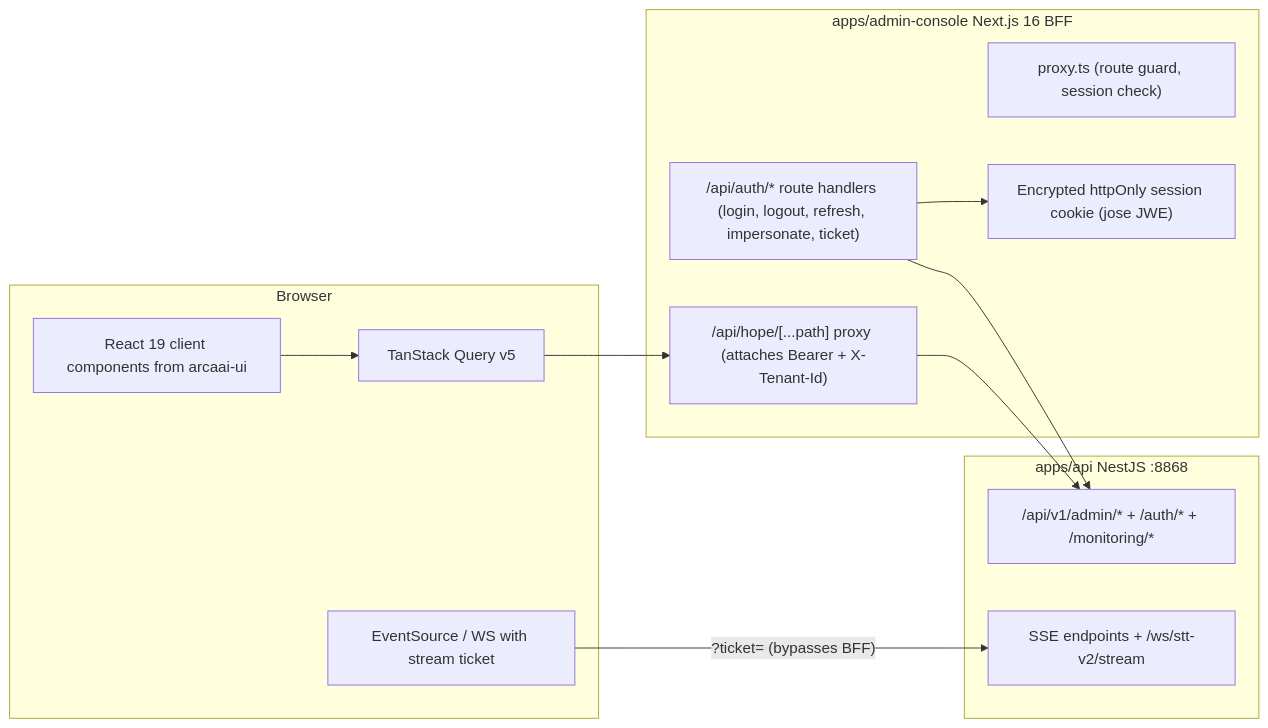
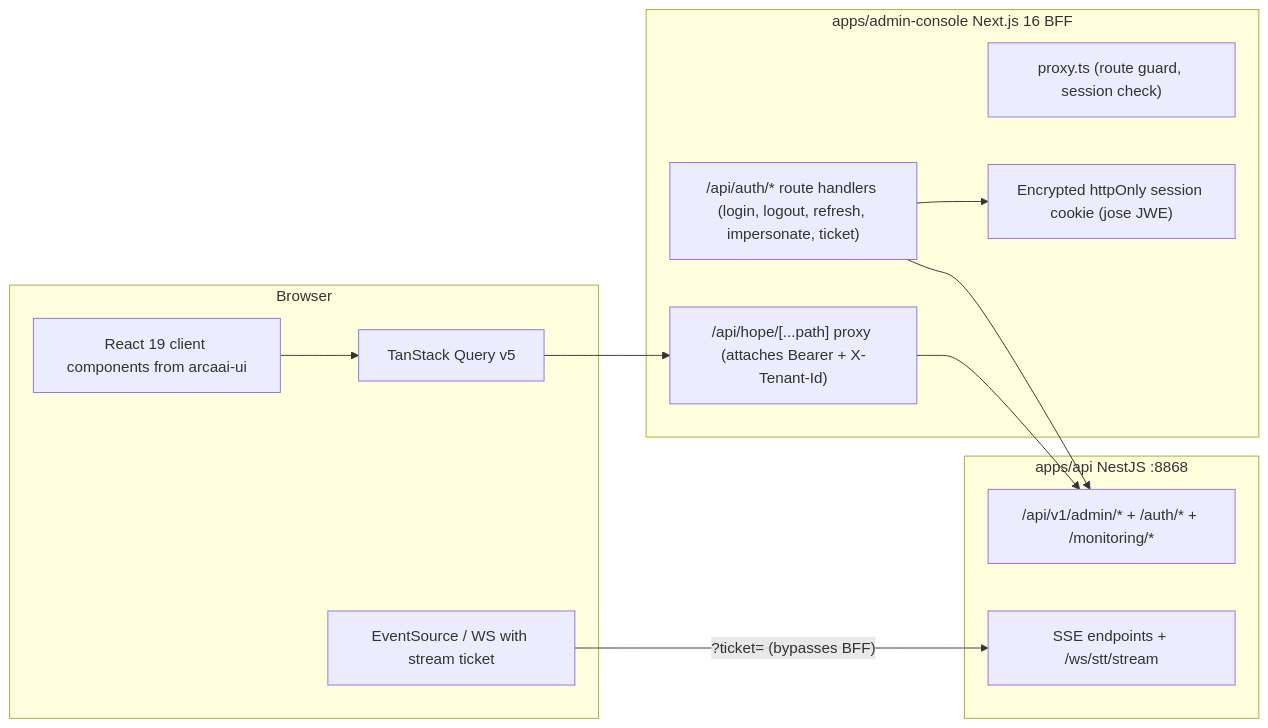
Before and after one commit to ArcaAI/vox-platform-study: the diagram in docs/archive/TASK-415-Hope-Admin-Console/README.md, drawn with Mermaid. The commit also changed other lines of this file and 1459 other files, not shown here.

````diff
--- a/docs/archive/TASK-415-Hope-Admin-Console/README.md
+++ b/docs/archive/TASK-415-Hope-Admin-Console/README.md
@@ -55,23 +55,23 @@
 ```mermaid
 flowchart LR
     subgraph browser [Browser]
         ui[React 19 client components from arcaai-ui]
         query[TanStack Query v5]
         sse[EventSource / WS with stream ticket]
     end
     subgraph nextApp [apps/admin-console Next.js 16 BFF]
         proxyTs["proxy.ts (route guard, session check)"]
         authRoutes["/api/auth/* route handlers (login, logout, refresh, impersonate, ticket)"]
         apiProxy["/api/hope/[...path] proxy (attaches Bearer + X-Tenant-Id)"]
         session["Encrypted httpOnly session cookie (jose JWE)"]
     end
     subgraph gateway [apps/api NestJS :8868]
         adminApi["/api/v1/admin/* + /auth/* + /monitoring/*"]
-        streams["SSE endpoints + /ws/stt-v2/stream"]
+        streams["SSE endpoints + /ws/stt/stream"]
     end
     query --> apiProxy --> adminApi
     ui --> query
     authRoutes --> adminApi
     authRoutes --> session
     sse -->|"?ticket= (bypasses BFF)"| streams
 ```
````
